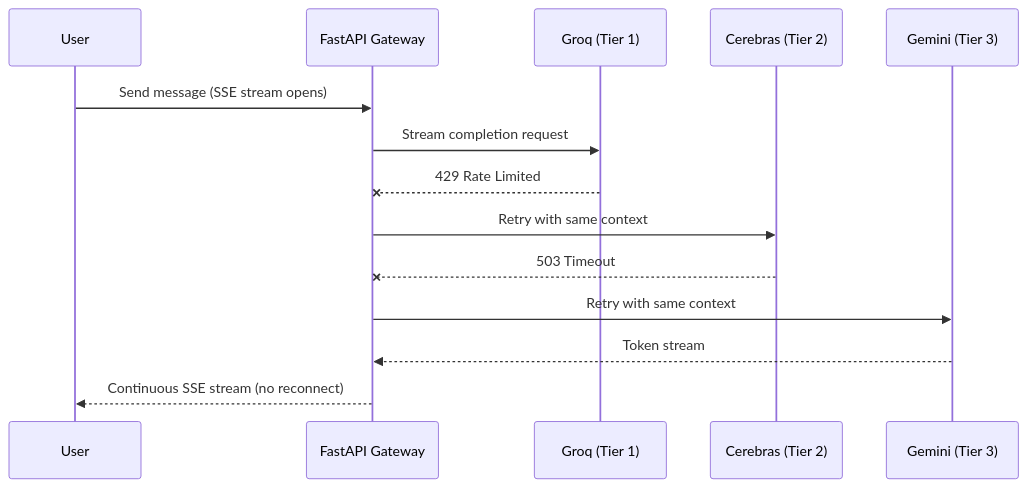
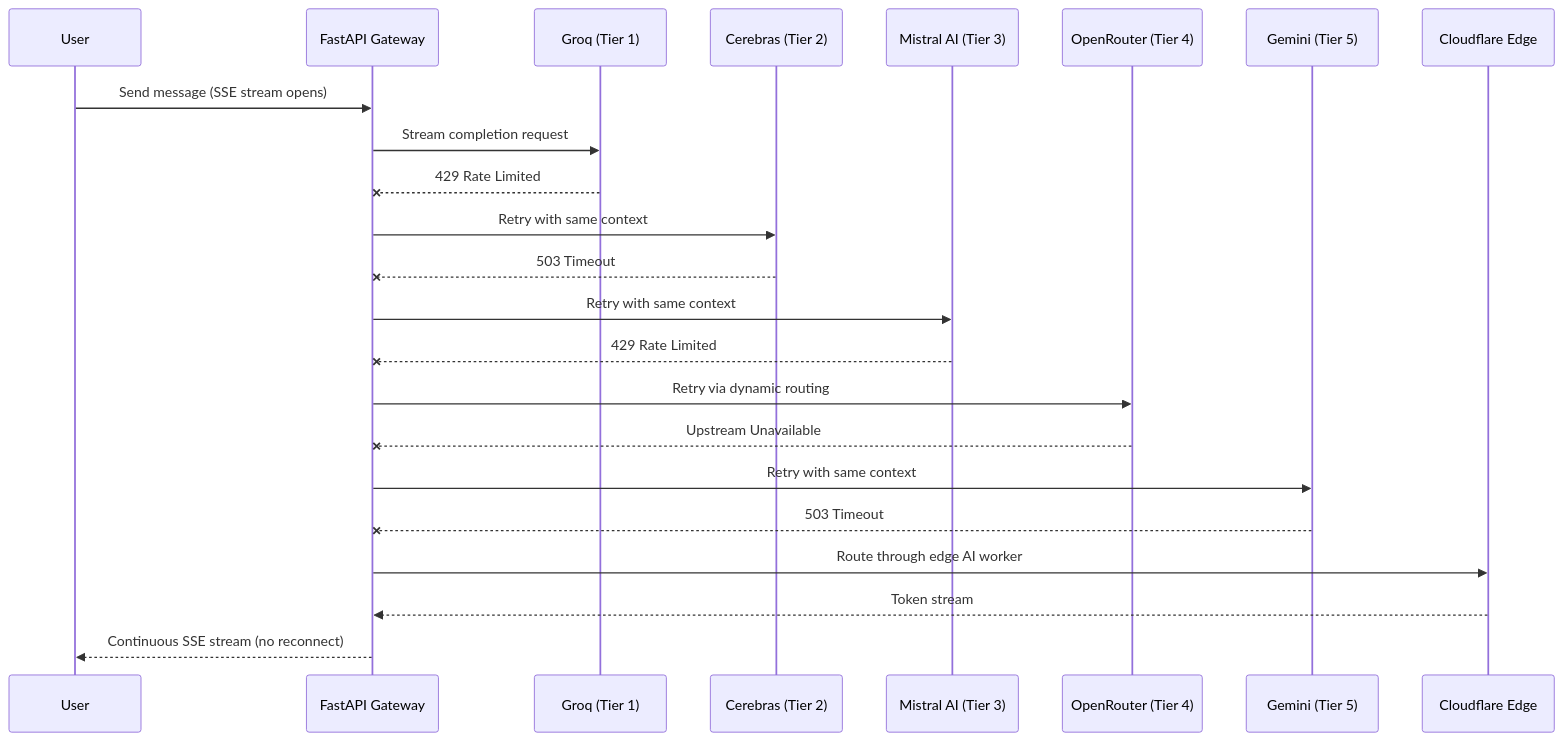
Before and after one commit to Md-Salik-Ubair/ubair-os: the second of 2 diagrams in README.md, drawn with Mermaid. The commit also changed other lines of this file, not shown here.

````diff
--- a/README.md
+++ b/README.md
@@ -123,17 +129,26 @@
 ```mermaid
 sequenceDiagram
     participant U as User
     participant G as FastAPI Gateway
     participant P1 as Groq (Tier 1)
     participant P2 as Cerebras (Tier 2)
-    participant P3 as Gemini (Tier 3)
+    participant P3 as Mistral AI (Tier 3)
+    participant P4 as OpenRouter (Tier 4)
+    participant P5 as Gemini (Tier 5)
+    participant CF as Cloudflare Edge
 
     U->>G: Send message (SSE stream opens)
     G->>P1: Stream completion request
     P1--xG: 429 Rate Limited
     G->>P2: Retry with same context
     P2--xG: 503 Timeout
     G->>P3: Retry with same context
-    P3-->>G: Token stream
+    P3--xG: 429 Rate Limited
+    G->>P4: Retry via dynamic routing
+    P4--xG: Upstream Unavailable
+    G->>P5: Retry with same context
+    P5--xG: 503 Timeout
+    G->>CF: Route through edge AI worker
+    CF-->>G: Token stream
     G-->>U: Continuous SSE stream (no reconnect)
 ```
````
